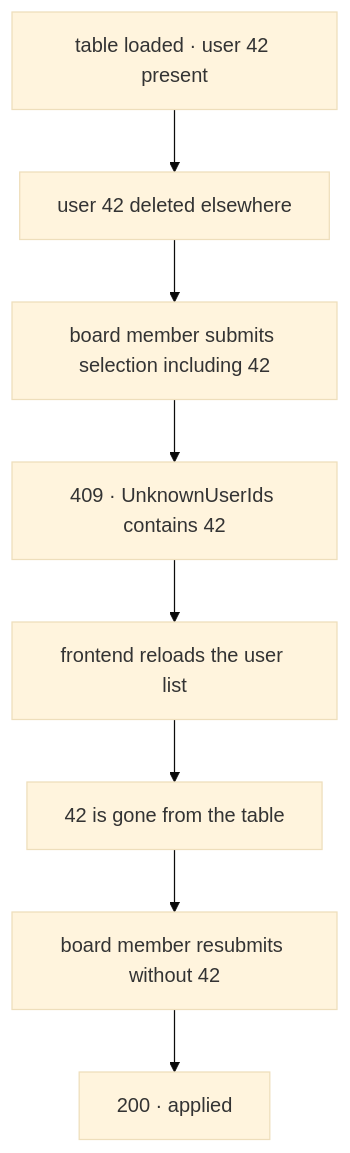
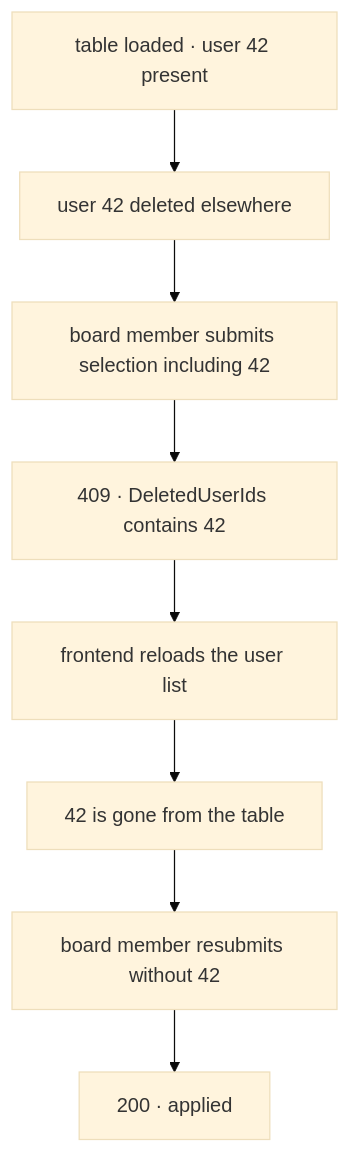
The third of 3 diagrams in docs/flows/bulk-contribution-marking/README.md (ESA-Blueshell/website), drawn with Mermaid (base theme) before and after one commit. The commit also changed other lines of this file and 6 other files, not shown here.

````diff
--- a/docs/flows/bulk-contribution-marking/README.md
+++ b/docs/flows/bulk-contribution-marking/README.md
@@ -88,10 +92,10 @@
 ```mermaid
 flowchart TD
     A[table loaded · user 42 present] --> B[user 42 deleted elsewhere]
     B --> C[board member submits selection including 42]
-    C --> D[409 · UnknownUserIds contains 42]
+    C --> D[409 · DeletedUserIds contains 42]
     D --> E[frontend reloads the user list]
     E --> F[42 is gone from the table]
     F --> G[board member resubmits without 42]
     G --> H[200 · applied]
 ```
````
